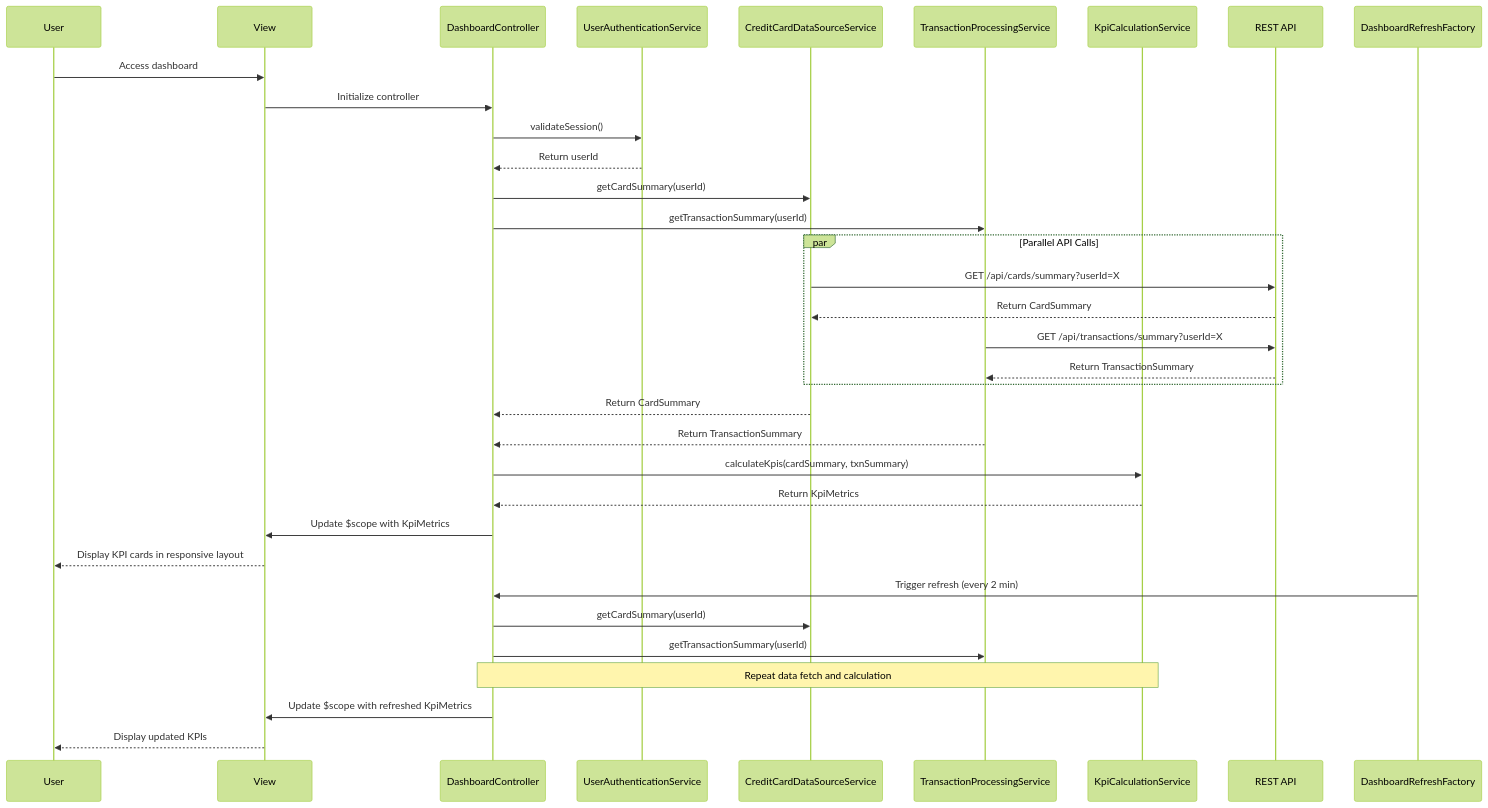
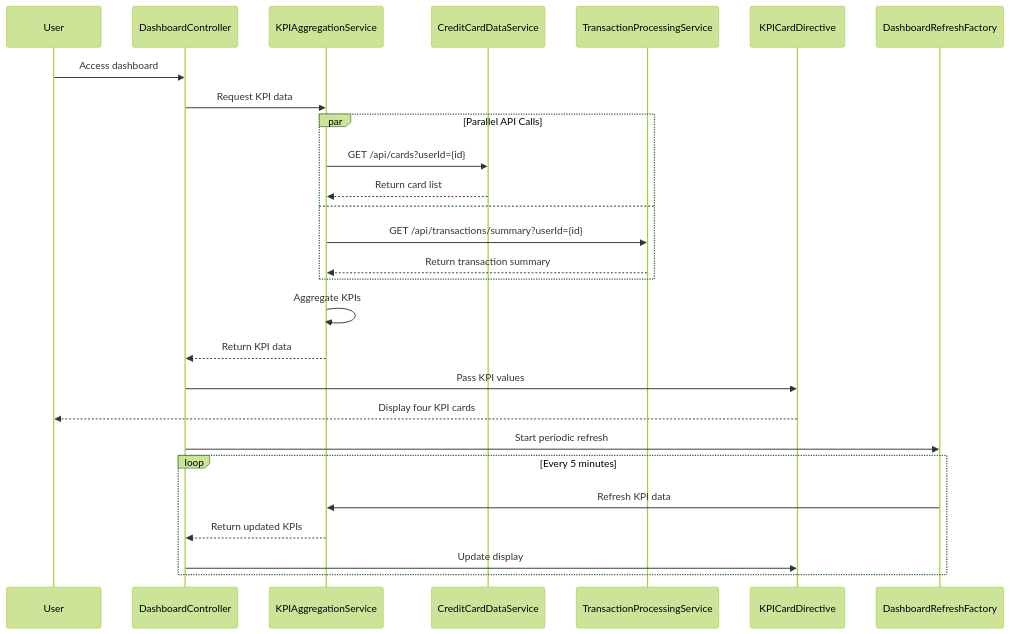
The diagram in LLD/QE-7710_LLD.md (AAVA-Demo/APB_Demo), drawn with Mermaid (forest theme) before and after one commit. The commit also changed other lines of this file and 5 other files, not shown here.

````diff
--- a/LLD/QE-7710_LLD.md
+++ b/LLD/QE-7710_LLD.md
@@ -96,37 +84,30 @@
 ```mermaid
 sequenceDiagram
     participant User
-    participant View
-    participant Controller as DashboardController
-    participant AuthService as UserAuthenticationService
-    participant CardService as CreditCardDataSourceService
-    participant TxnService as TransactionProcessingService
-    participant KpiService as KpiCalculationService
-    participant API as REST API
-    participant RefreshFactory as DashboardRefreshFactory
-
-    User->>View: Access dashboard
-    View->>Controller: Initialize controller
-    Controller->>AuthService: validateSession()
-    AuthService-->>Controller: Return userId
-    Controller->>CardService: getCardSummary(userId)
-    Controller->>TxnService: getTransactionSummary(userId)
+    participant DashboardController
+    participant KPIAggregationService
+    participant CreditCardDataService
+    participant TransactionProcessingService
+    participant KPICardDirective
+    participant DashboardRefreshFactory
+    
+    User->>DashboardController: Access dashboard
+    DashboardController->>KPIAggregationService: Request KPI data
     par Parallel API Calls
-        CardService->>API: GET /api/cards/summary?userId=X
-        API-->>CardService: Return CardSummary
-        TxnService->>API: GET /api/transactions/summary?userId=X
-        API-->>TxnService: Return TransactionSummary
+        KPIAggregationService->>CreditCardDataService: GET /api/cards?userId={id}
+        CreditCardDataService-->>KPIAggregationService: Return card list
+    and
+        KPIAggregationService->>TransactionProcessingService: GET /api/transactions/summary?userId={id}
+        TransactionProcessingService-->>KPIAggregationService: Return transaction summary
     end
-    CardService-->>Controller: Return CardSummary
-    TxnService-->>Controller: Return TransactionSummary
-    Controller->>KpiService: calculateKpis(cardSummary, txnSummary)
-    KpiService-->>Controller: Return KpiMetrics
-    Controller->>View: Update $scope with KpiMetrics
-    View-->>User: Display KPI cards in responsive layout
-    RefreshFactory->>Controller: Trigger refresh (every 2 min)
-    Controller->>CardService: getCardSummary(userId)
-    Controller->>TxnService: getTransactionSummary(userId)
-    Note over Controller,KpiService: Repeat data fetch and calculation
-    Controller->>View: Update $scope with refreshed KpiMetrics
-    View-->>User: Display updated KPIs
+    KPIAggregationService->>KPIAggregationService: Aggregate KPIs
+    KPIAggregationService-->>DashboardController: Return KPI data
+    DashboardController->>KPICardDirective: Pass KPI values
+    KPICardDirective-->>User: Display four KPI cards
+    DashboardController->>DashboardRefreshFactory: Start periodic refresh
+    loop Every 5 minutes
+        DashboardRefreshFactory->>KPIAggregationService: Refresh KPI data
+        KPIAggregationService-->>DashboardController: Return updated KPIs
+        DashboardController->>KPICardDirective: Update display
+    end
 ```
````
